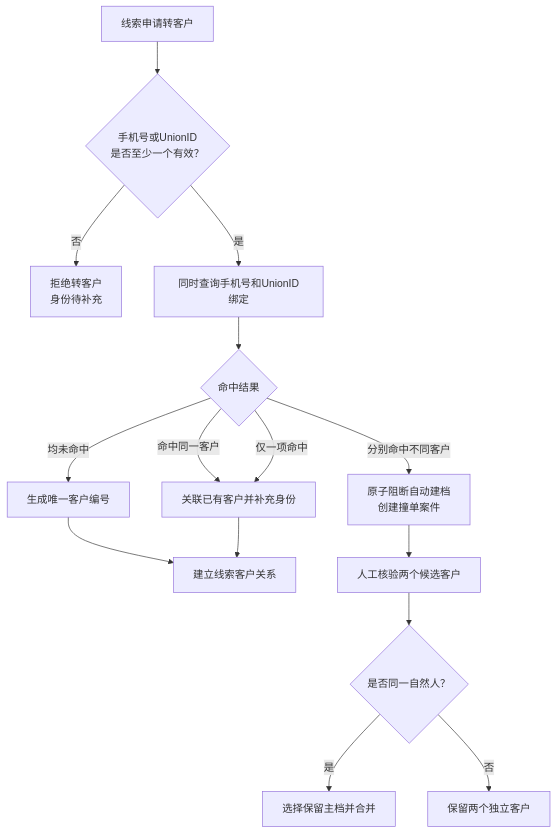
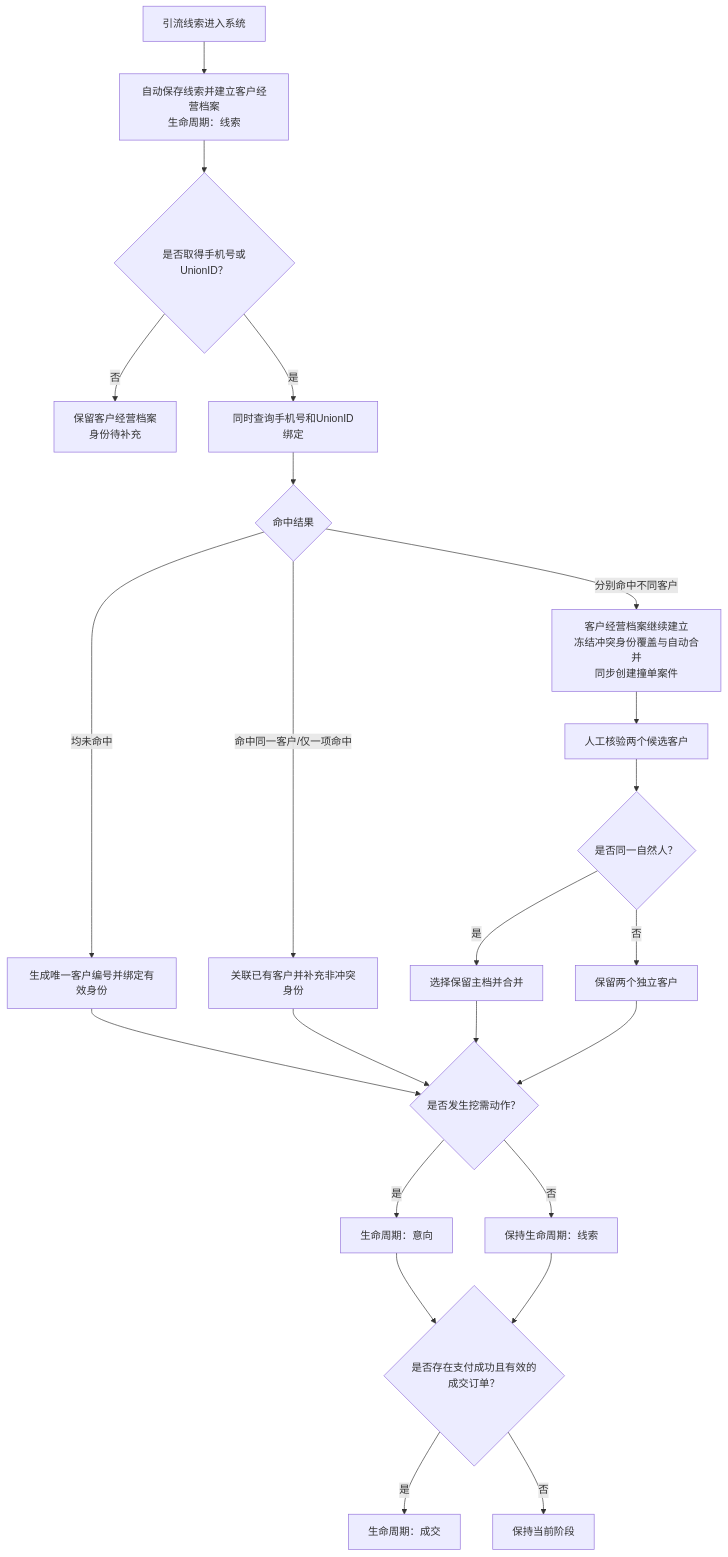
Before and after one commit to freya-pr/heshu-boss-demo: the third of 3 diagrams in docs/product/合数BOSS V1.0客户中心需求文档.md, drawn with Mermaid. The commit also changed other lines of this file and 7 other files, not shown here.

````diff
--- a/docs/product/合数BOSS V1.0客户中心需求文档.md
+++ b/docs/product/合数BOSS V1.0客户中心需求文档.md
@@ -64,17 +244,25 @@
 ```mermaid
 flowchart TD
-    A["线索申请转客户"] --> B{"手机号或UnionID<br/>是否至少一个有效？"}
-    B -- "否" --> X["拒绝转客户<br/>身份待补充"]
-    B -- "是" --> C["同时查询手机号和UnionID绑定"]
-    C --> D{"命中结果"}
-    D -- "均未命中" --> E["生成唯一客户编号"]
-    D -- "命中同一客户" --> F["关联已有客户并补充身份"]
-    D -- "仅一项命中" --> F
-    D -- "分别命中不同客户" --> G["原子阻断自动建档<br/>创建撞单案件"]
-    E --> H["建立线索客户关系"]
-    F --> H
-    G --> I["人工核验两个候选客户"]
+    A["引流线索进入系统"] --> B["自动保存线索并建立客户经营档案<br/>生命周期：线索"]
+    B --> C{"是否取得手机号或UnionID？"}
+    C -- "否" --> X["保留客户经营档案<br/>身份待补充"]
+    C -- "是" --> D["同时查询手机号和UnionID绑定"]
+    D --> E{"命中结果"}
+    E -- "均未命中" --> F["生成唯一客户编号并绑定有效身份"]
+    E -- "命中同一客户/仅一项命中" --> G["关联已有客户并补充非冲突身份"]
+    E -- "分别命中不同客户" --> H["客户经营档案继续建立<br/>冻结冲突身份覆盖与自动合并<br/>同步创建撞单案件"]
+    F --> L1{"是否发生挖需动作？"}
+    G --> L1
+    H --> I["人工核验两个候选客户"]
     I --> J{"是否同一自然人？"}
     J -- "是" --> K["选择保留主档并合并"]
     J -- "否" --> L["保留两个独立客户"]
+    K --> L1
+    L --> L1
+    L1 -- "是" --> M["生命周期：意向"]
+    L1 -- "否" --> N["保持生命周期：线索"]
+    M --> O{"是否存在支付成功且有效的成交订单？"}
+    N --> O
+    O -- "是" --> P["生命周期：成交"]
+    O -- "否" --> Q["保持当前阶段"]
 ```
````
